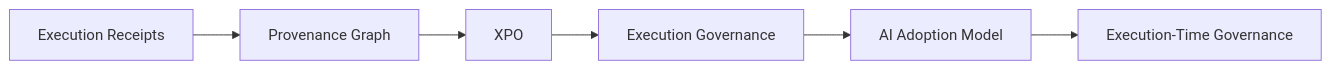
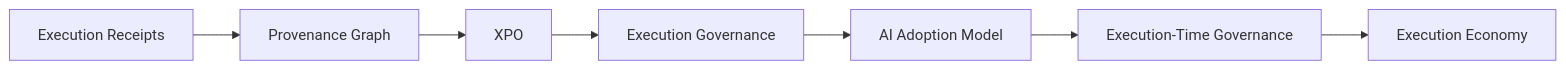
The first of 2 diagrams in textfind-rfcs/README.md (caralislabs/TextFind), drawn with Mermaid before and after one commit. The commit also changed other lines of this file and 1 other file, not shown here.

Commit message:
Introduce TF-RFC-0007: Execution Economy for Governed AI Systems

````diff
--- a/textfind-rfcs/README.md
+++ b/textfind-rfcs/README.md
@@ -50,8 +59,9 @@
 ```mermaid
 flowchart LR
     A[Execution Receipts] --> B[Provenance Graph]
     B --> C[XPO]
     C --> D[Execution Governance]
     D --> E[AI Adoption Model]
     E --> F[Execution-Time Governance]
+    F --> G[Execution Economy]
 ```
````
